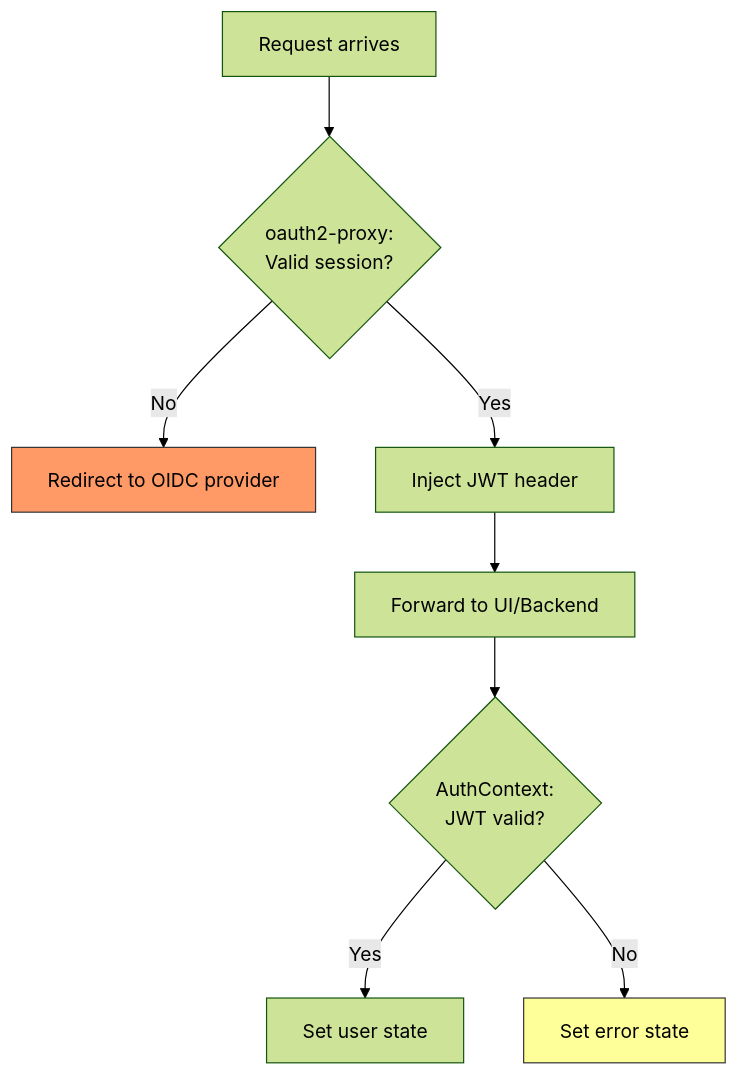
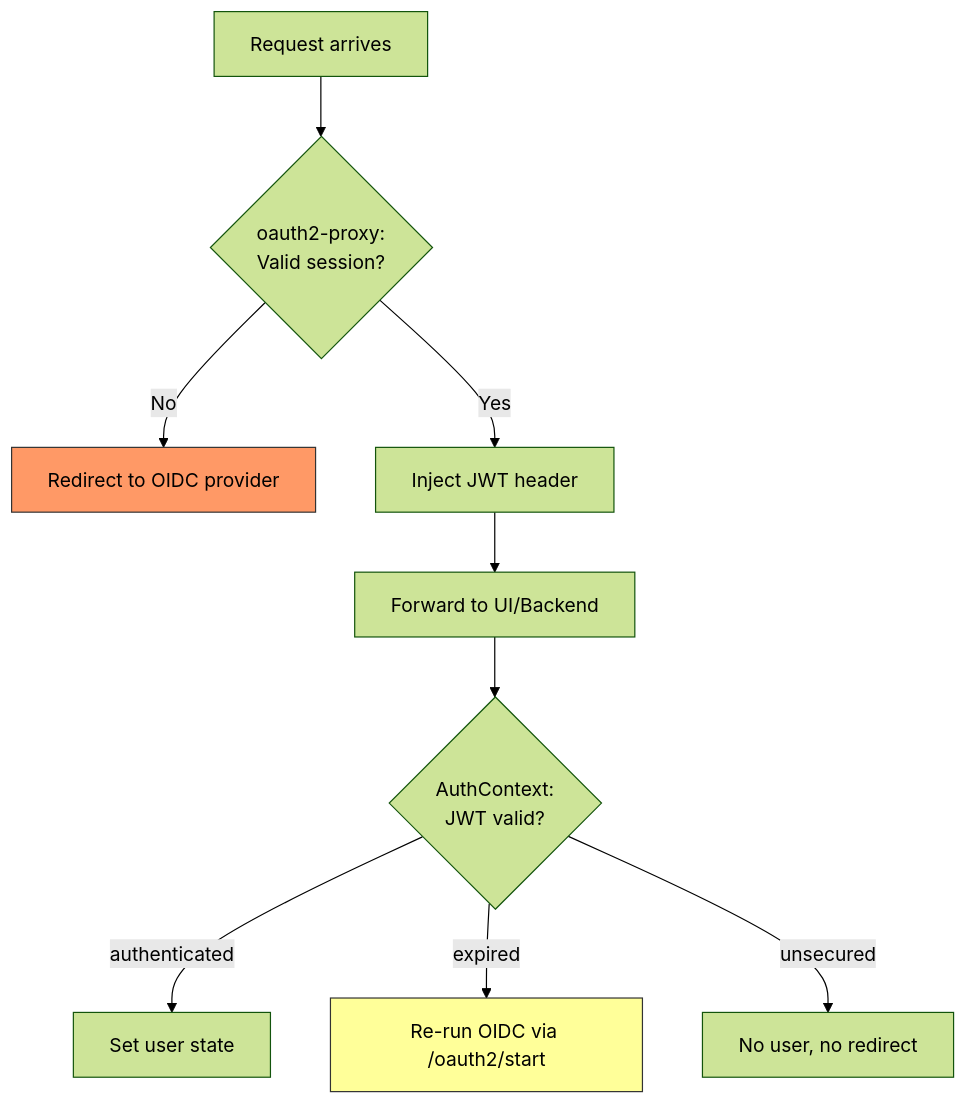
The third of 4 diagrams in docs/OIDC_PROXY_AUTH_ARCHITECTURE.md (kagent-dev/kagent), drawn with Mermaid (forest theme) before and after one commit. The commit also changed other lines of this file and 9 other files, not shown here.

First line of the commit message:
feat(ui): SSO expired-token session redirect (#2045)

````diff
--- a/docs/OIDC_PROXY_AUTH_ARCHITECTURE.md
+++ b/docs/OIDC_PROXY_AUTH_ARCHITECTURE.md
@@ -125,13 +125,14 @@
 ```mermaid
 flowchart TD
     A[Request arrives] --> B{oauth2-proxy:<br/>Valid session?}
     B -->|No| C[Redirect to OIDC provider]
     B -->|Yes| D[Inject JWT header]
     D --> E[Forward to UI/Backend]
     E --> F{AuthContext:<br/>JWT valid?}
-    F -->|Yes| G[Set user state]
-    F -->|No| H[Set error state]
+    F -->|authenticated| G[Set user state]
+    F -->|expired| I[Re-run OIDC via /oauth2/start]
+    F -->|unsecured| J[No user, no redirect]
 
     style C fill:#f96,stroke:#333
-    style H fill:#ff9,stroke:#333
+    style I fill:#ff9,stroke:#333
 ```
````
